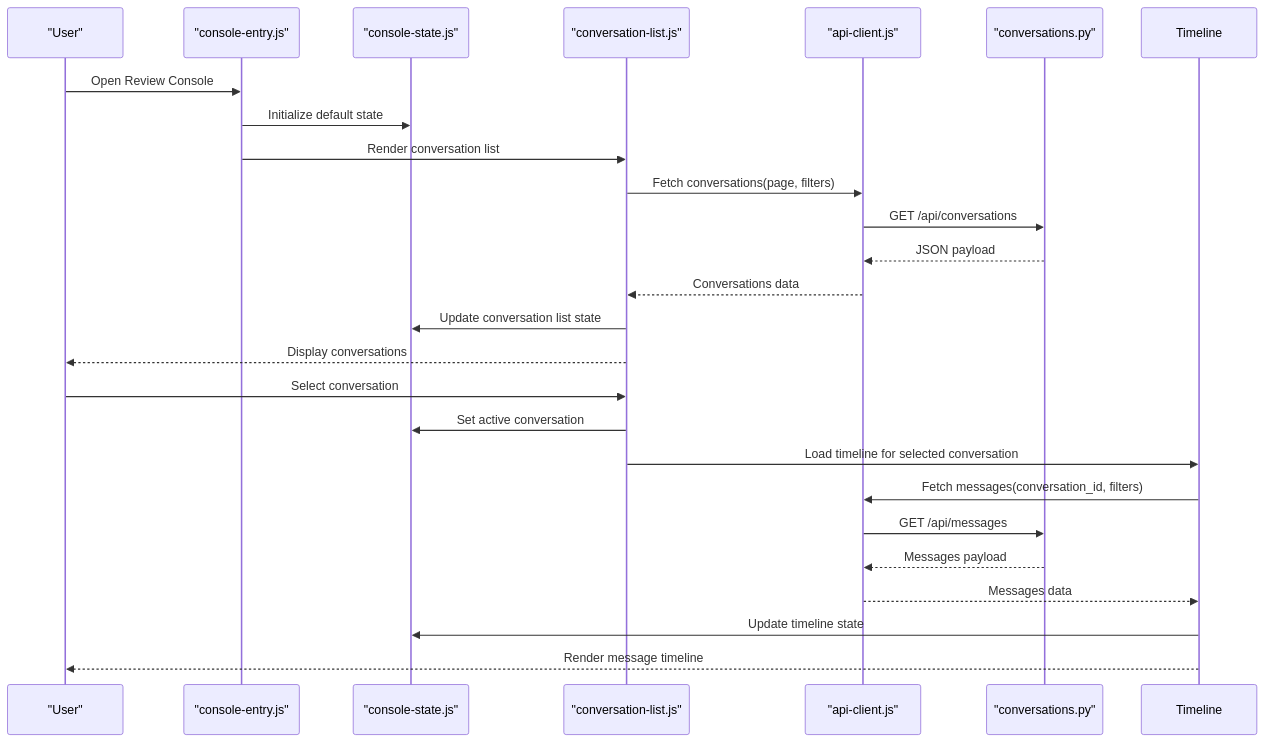
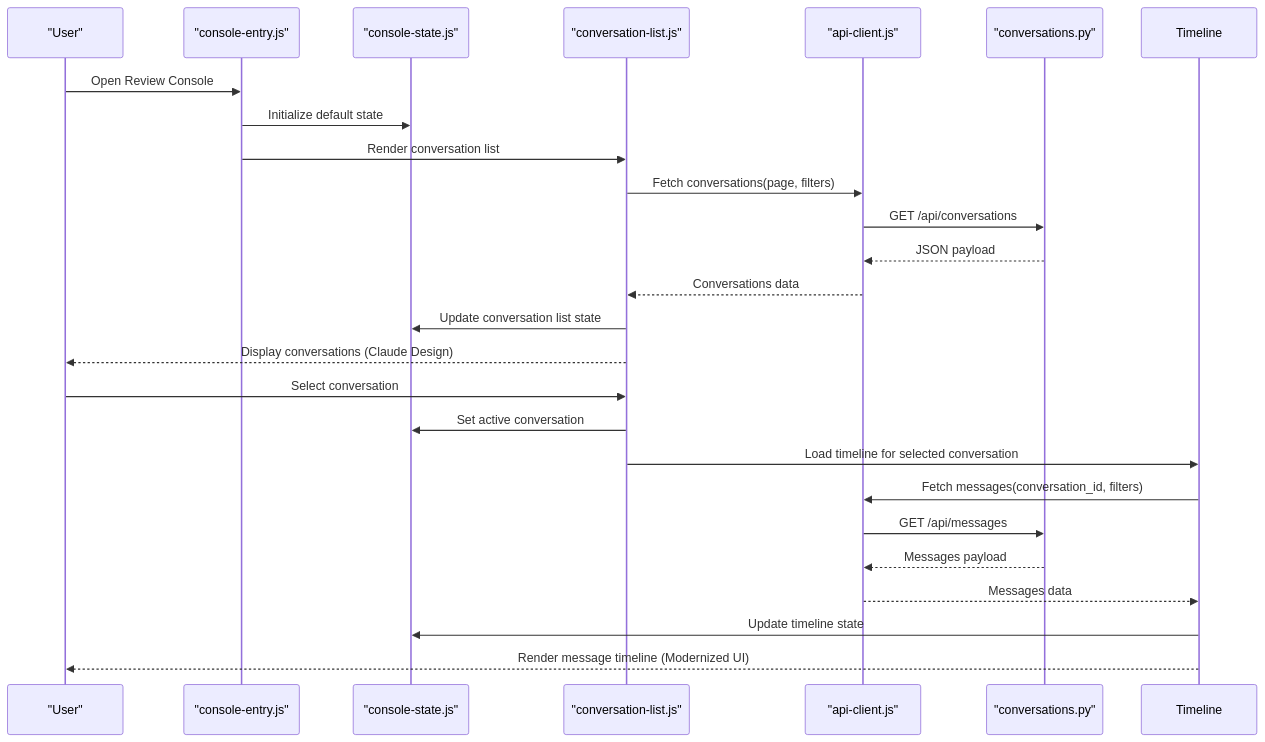
Before and after one commit to zuohaisu/wecom-archive: the second of 3 diagrams in .qoder/repowiki/en/content/Web Application/Review Console Interface/Review Console Interface.md, drawn with Mermaid. The commit also changed other lines of this file and 95 other files, not shown here.

````diff
--- a/.qoder/repowiki/en/content/Web Application/Review Console Interface/Review Console Interface.md
+++ b/.qoder/repowiki/en/content/Web Application/Review Console Interface/Review Console Interface.md
@@ -105,27 +114,27 @@
 ```mermaid
 sequenceDiagram
 participant User as "User"
 participant Entry as "console-entry.js"
 participant State as "console-state.js"
 participant ConvList as "conversation-list.js"
 participant API as "api-client.js"
 participant Router as "conversations.py"
 User->>Entry : Open Review Console
 Entry->>State : Initialize default state
 Entry->>ConvList : Render conversation list
 ConvList->>API : Fetch conversations(page, filters)
 API->>Router : GET /api/conversations
 Router-->>API : JSON payload
 API-->>ConvList : Conversations data
 ConvList->>State : Update conversation list state
-ConvList-->>User : Display conversations
+ConvList-->>User : Display conversations (Claude Design)
 User->>ConvList : Select conversation
 ConvList->>State : Set active conversation
 ConvList->>Timeline : Load timeline for selected conversation
 Timeline->>API : Fetch messages(conversation_id, filters)
 API->>Router : GET /api/messages
 Router-->>API : Messages payload
 API-->>Timeline : Messages data
 Timeline->>State : Update timeline state
-Timeline-->>User : Render message timeline
+Timeline-->>User : Render message timeline (Modernized UI)
 ```
````
